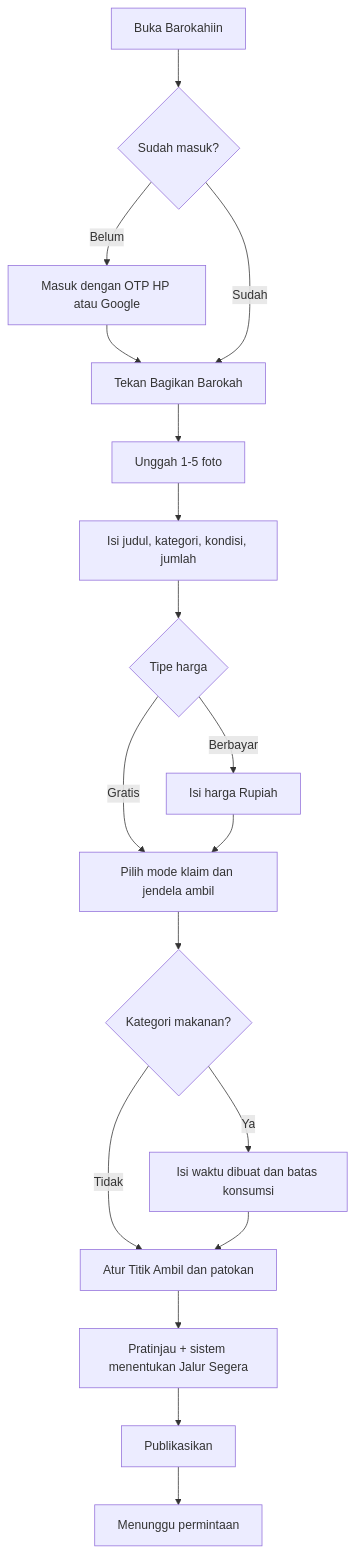
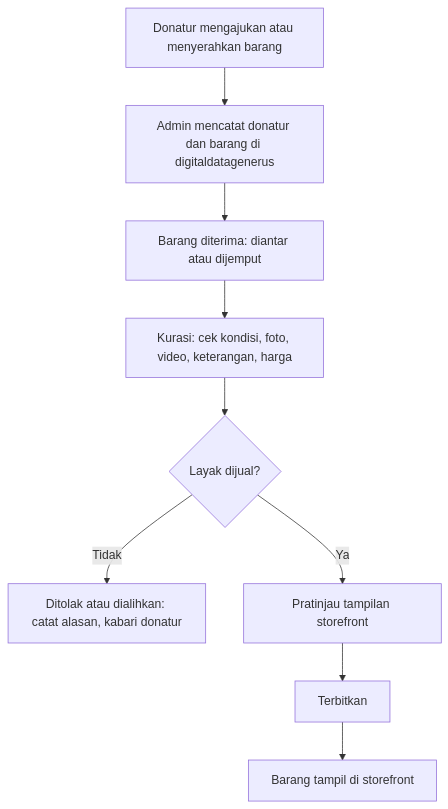
Before and after one commit to muhamadnaufan37/barokahin-fe: the second of 6 diagrams in docs/prd.md, drawn with Mermaid. The commit also changed other lines of this file and 43 other files, not shown here.

````diff
--- a/docs/prd.md
+++ b/docs/prd.md
@@ -219,19 +222,11 @@
 ```mermaid
 flowchart TD
-    A[Buka Barokahiin] --> B{Sudah masuk?}
-    B -- Belum --> C[Masuk dengan OTP HP atau Google]
-    C --> D[Tekan Bagikan Barokah]
-    B -- Sudah --> D
-    D --> E[Unggah 1-5 foto]
-    E --> F[Isi judul, kategori, kondisi, jumlah]
-    F --> G{Tipe harga}
-    G -- Gratis --> H[Pilih mode klaim dan jendela ambil]
-    G -- Berbayar --> G2[Isi harga Rupiah] --> H
-    H --> H2{Kategori makanan?}
-    H2 -- Ya --> H3[Isi waktu dibuat dan batas konsumsi]
-    H2 -- Tidak --> I
-    H3 --> I[Atur Titik Ambil dan patokan]
-    I --> J[Pratinjau + sistem menentukan Jalur Segera]
-    J --> K[Publikasikan]
-    K --> L[Menunggu permintaan]
+    A["Donatur mengajukan atau menyerahkan barang"] --> B["Admin mencatat donatur dan barang di digitaldatagenerus"]
+    B --> C["Barang diterima: diantar atau dijemput"]
+    C --> D["Kurasi: cek kondisi, foto, video, keterangan, harga"]
+    D --> E{"Layak dijual?"}
+    E -- Tidak --> F["Ditolak atau dialihkan: catat alasan, kabari donatur"]
+    E -- Ya --> G["Pratinjau tampilan storefront"]
+    G --> H["Terbitkan"]
+    H --> I["Barang tampil di storefront"]
 ```
````
